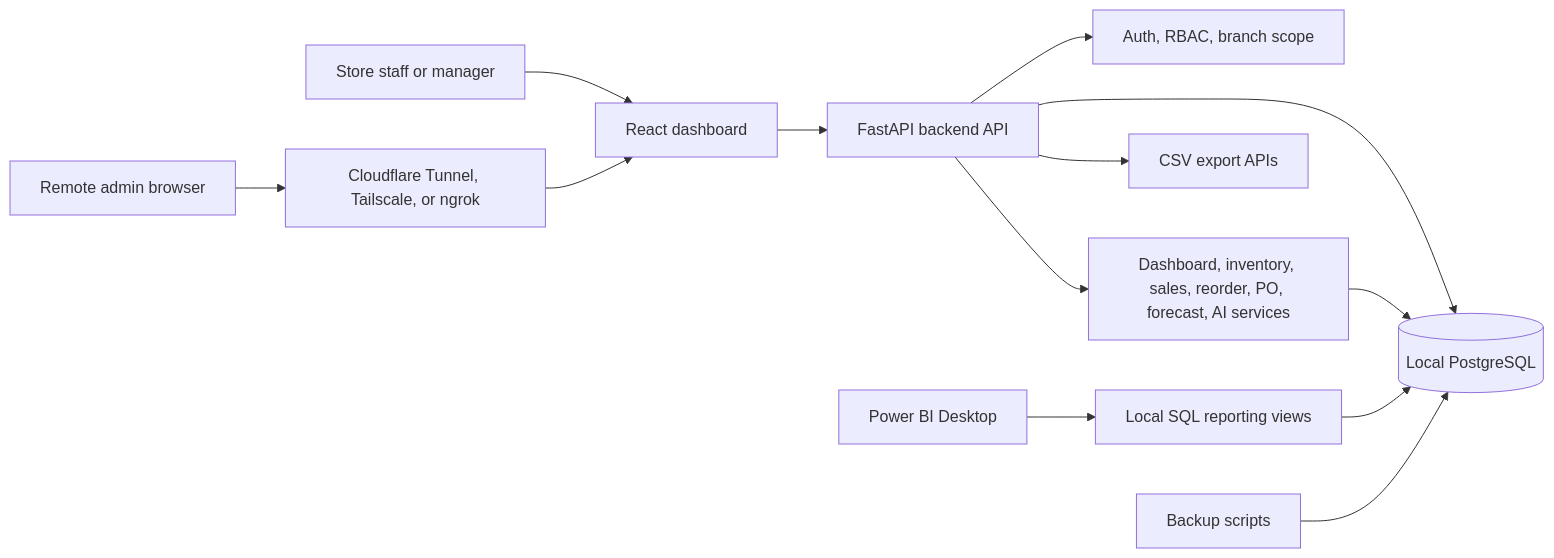
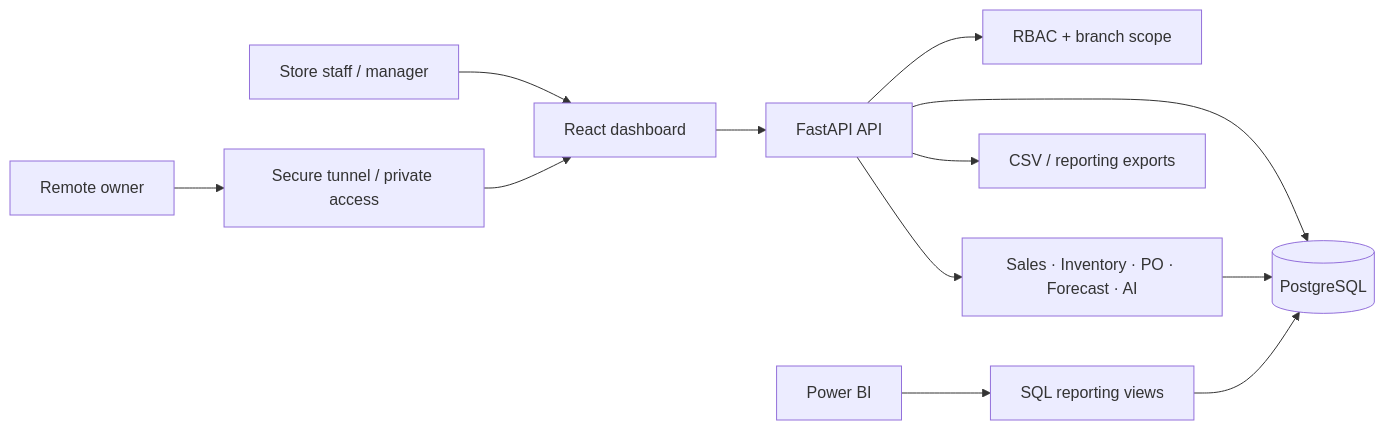
Before and after one commit to chrishi2004/Cafe-Retail-software: the diagram in README.md, drawn with Mermaid. The commit also changed other lines of this file, not shown here.

````diff
--- a/README.md
+++ b/README.md
@@ -63,15 +74,14 @@
 ```mermaid
 flowchart LR
-    Staff["Store staff or manager"] --> Frontend["React dashboard"]
-    Admin["Remote admin browser"] --> Tunnel["Cloudflare Tunnel, Tailscale, or ngrok"]
-    Tunnel --> Frontend
-    Frontend --> API["FastAPI backend API"]
-    API --> Auth["Auth, RBAC, branch scope"]
-    API --> DB[("Local PostgreSQL")]
-    API --> Services["Dashboard, inventory, sales, reorder, PO, forecast, AI services"]
+    Staff["Store staff / manager"] --> UI["React dashboard"]
+    Owner["Remote owner"] --> Secure["Secure tunnel / private access"]
+    Secure --> UI
+    UI --> API["FastAPI API"]
+    API --> Auth["RBAC + branch scope"]
+    API --> DB[("PostgreSQL")]
+    API --> Services["Sales · Inventory · PO · Forecast · AI"]
     Services --> DB
-    API --> Exports["CSV export APIs"]
-    PowerBI["Power BI Desktop"] --> Views["Local SQL reporting views"]
+    API --> Export["CSV / reporting exports"]
+    BI["Power BI"] --> Views["SQL reporting views"]
     Views --> DB
-    Backup["Backup scripts"] --> DB
 ```
````
